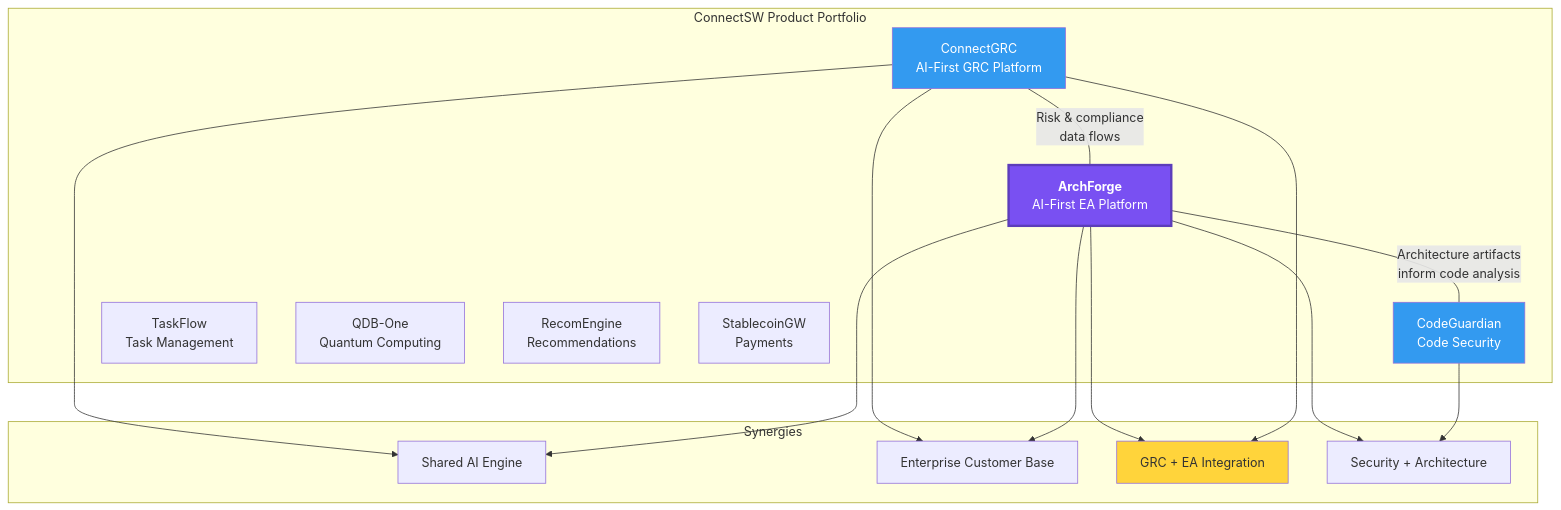
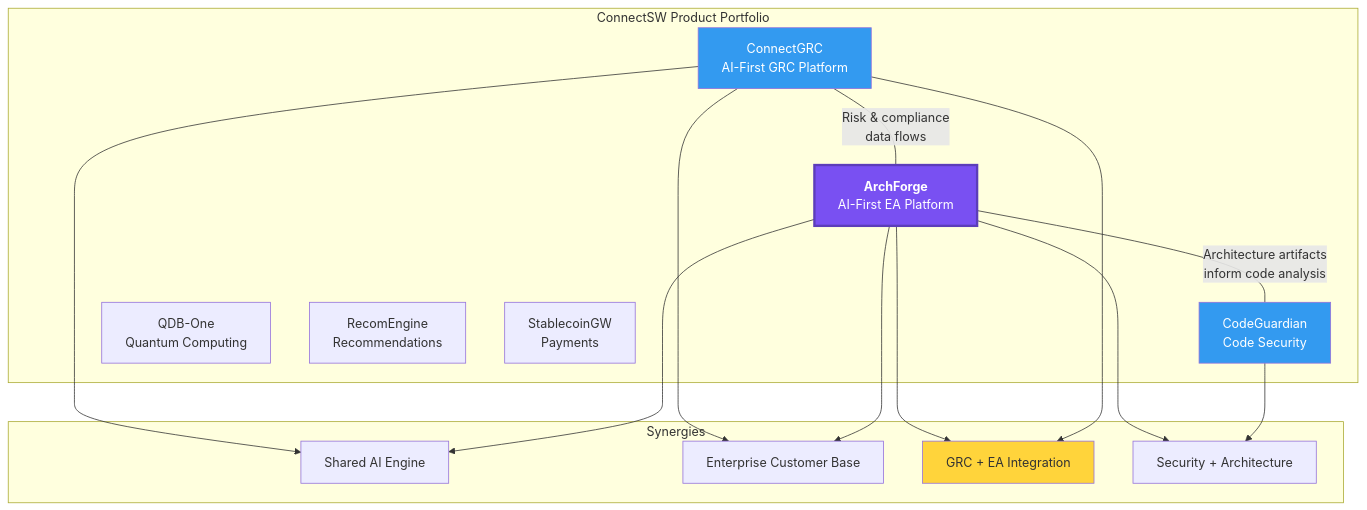
The ninth of 20 diagrams in products/archforge/docs/strategy/PRODUCT-STRATEGY-2026.md (Tamoura/Claude-Code-creates-the-SW-company), drawn with Mermaid before and after one commit. The commit also changed 51 other files, not shown here.

First line of the commit message:
chore(taskflow): delete TaskFlow product

````diff
--- a/products/archforge/docs/strategy/PRODUCT-STRATEGY-2026.md
+++ b/products/archforge/docs/strategy/PRODUCT-STRATEGY-2026.md
@@ -352,35 +352,34 @@
 ```mermaid
 graph TD
     subgraph "ConnectSW Product Portfolio"
         CG["ConnectGRC<br/>AI-First GRC Platform"]
         AF["<b>ArchForge</b><br/>AI-First EA Platform"]
         CGD["CodeGuardian<br/>Code Security"]
-        TF["TaskFlow<br/>Task Management"]
         QDB["QDB-One<br/>Quantum Computing"]
         RE["RecomEngine<br/>Recommendations"]
         SG["StablecoinGW<br/>Payments"]
     end
 
     subgraph "Synergies"
         S1["Shared AI Engine"]
         S2["Enterprise Customer Base"]
         S3["GRC + EA Integration"]
         S4["Security + Architecture"]
     end
 
     CG ---|"Risk & compliance<br/>data flows"| AF
     AF ---|"Architecture artifacts<br/>inform code analysis"| CGD
     CG --> S3
     AF --> S3
     AF --> S1
     CG --> S1
     CGD --> S4
     AF --> S4
     AF --> S2
     CG --> S2
 
     style AF fill:#7950f2,color:#fff,stroke:#5c3dba,stroke-width:3px
     style CG fill:#339af0,color:#fff
     style CGD fill:#339af0,color:#fff
     style S3 fill:#ffd43b,color:#333
 ```
````
